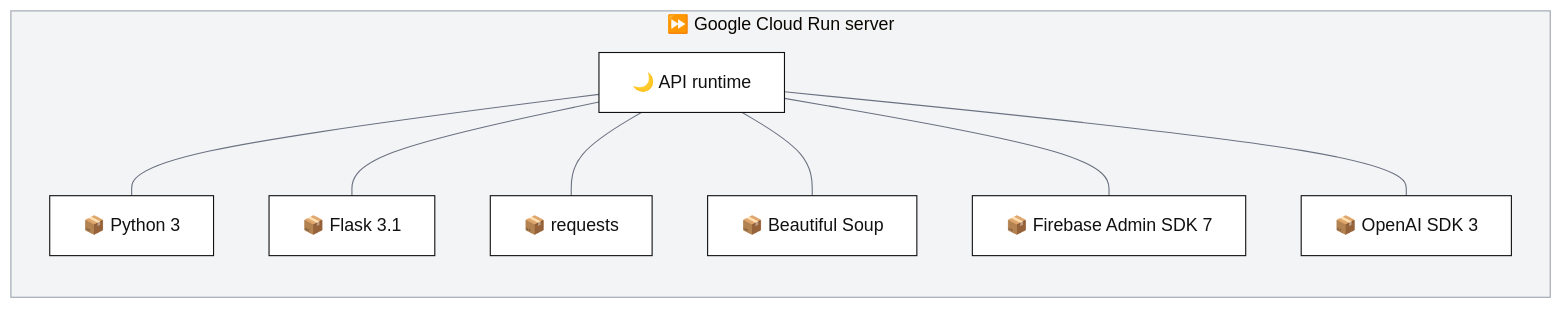
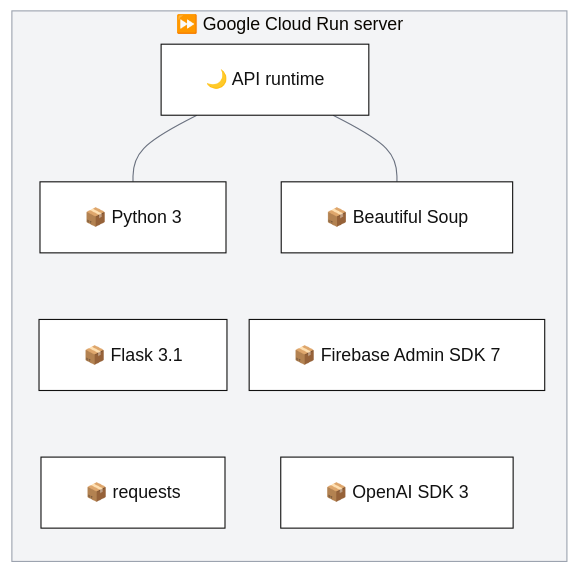
One commit to T00few2/dzr changed the fourth of 4 diagrams in docs/architecture/tech-stack.md. Above: the diagram before and after it, drawn with Mermaid. The commit also changed other lines of this file and 46 other files, not shown here.

````diff
--- a/docs/architecture/tech-stack.md
+++ b/docs/architecture/tech-stack.md
@@ -105,27 +149,33 @@
 ```mermaid
 ---
 config:
   theme: base
+  flowchart:
+    padding: 20
+    nodeSpacing: 20
+    rankSpacing: 35
   themeCSS: |
     :is(&) { background: #ffffff; }
 ---
-flowchart LR
+flowchart TB
     subgraph cloud["⏩ Google Cloud Run server"]
+        direction TB
         api["🌙 API runtime"]
         cloudTech0["📦 Python 3"]
+        cloudTech1["📦 Flask 3.1"]
+        cloudTech2["📦 requests"]
+        cloudTech3["📦 Beautiful Soup"]
+        cloudTech4["📦 Firebase Admin SDK 7"]
+        cloudTech5["📦 OpenAI SDK 3"]
+        %% Invisible links arrange columns; these are not dependencies.
         api --- cloudTech0
-        cloudTech1["📦 Flask 3.1"]
-        api --- cloudTech1
-        cloudTech2["📦 requests"]
-        api --- cloudTech2
-        cloudTech3["📦 Beautiful Soup"]
+        cloudTech0 ~~~ cloudTech1
+        cloudTech1 ~~~ cloudTech2
         api --- cloudTech3
-        cloudTech4["📦 Firebase Admin SDK 7"]
-        api --- cloudTech4
-        cloudTech5["📦 OpenAI SDK 3"]
-        api --- cloudTech5
+        cloudTech3 ~~~ cloudTech4
+        cloudTech4 ~~~ cloudTech5
     end
     classDef default fill:#ffffff,stroke:#111111,color:#111111
     linkStyle default stroke:#6B7280
     style cloud fill:#f3f4f6,stroke:#9ca3af
 ```
````
